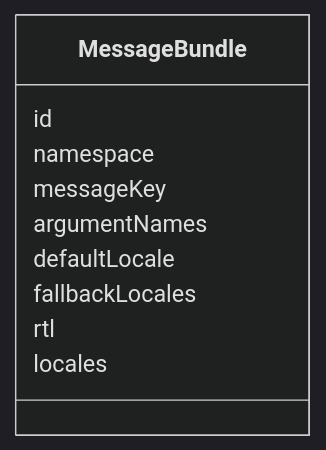
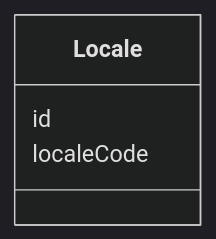
The first of 4 diagrams in specs/ed/modules/l10n/index.md (openuji/spec-ujg), drawn with Mermaid (dark theme) before and after one commit. The commit also changed other lines of this file and 53 other files, not shown here.

````diff
--- a/specs/ed/modules/l10n/index.md
+++ b/specs/ed/modules/l10n/index.md
@@ -21,13 +20,7 @@
 ```mermaid
 classDiagram
-  class MessageBundle {
+  class Locale {
     id
-    namespace
-    messageKey
-    argumentNames
-    defaultLocale
-    fallbackLocales
-    rtl
-    locales
+    localeCode
   }
 ```
````
